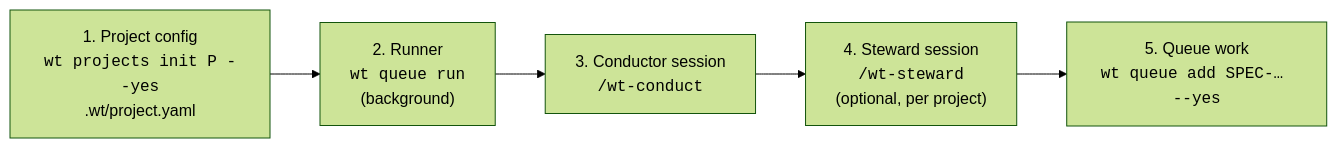
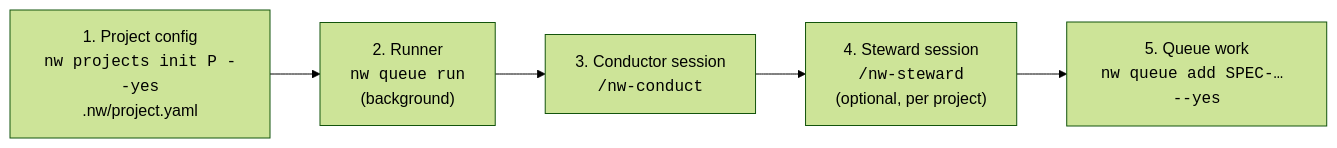
The diagram in docs/product/loop/operate.md (brunosmmm/nightwright), drawn with Mermaid (forest theme) before and after one commit. The commit also changed other lines of this file and 495 other files, not shown here.

````diff
--- a/docs/product/loop/operate.md
+++ b/docs/product/loop/operate.md
@@ -8,7 +8,7 @@
 ```mermaid
 flowchart LR
-    A["1. Project config<br/><code>wt projects init P --yes</code><br/>.wt/project.yaml"] --> B["2. Runner<br/><code>wt queue run</code><br/>(background)"]
-    B --> C["3. Conductor session<br/><code>/wt-conduct</code>"]
-    C --> D["4. Steward session<br/><code>/wt-steward</code><br/>(optional, per project)"]
-    D --> E["5. Queue work<br/><code>wt queue add SPEC-… --yes</code>"]
+    A["1. Project config<br/><code>nw projects init P --yes</code><br/>.nw/project.yaml"] --> B["2. Runner<br/><code>nw queue run</code><br/>(background)"]
+    B --> C["3. Conductor session<br/><code>/nw-conduct</code>"]
+    C --> D["4. Steward session<br/><code>/nw-steward</code><br/>(optional, per project)"]
+    D --> E["5. Queue work<br/><code>nw queue add SPEC-… --yes</code>"]
 ```
````
